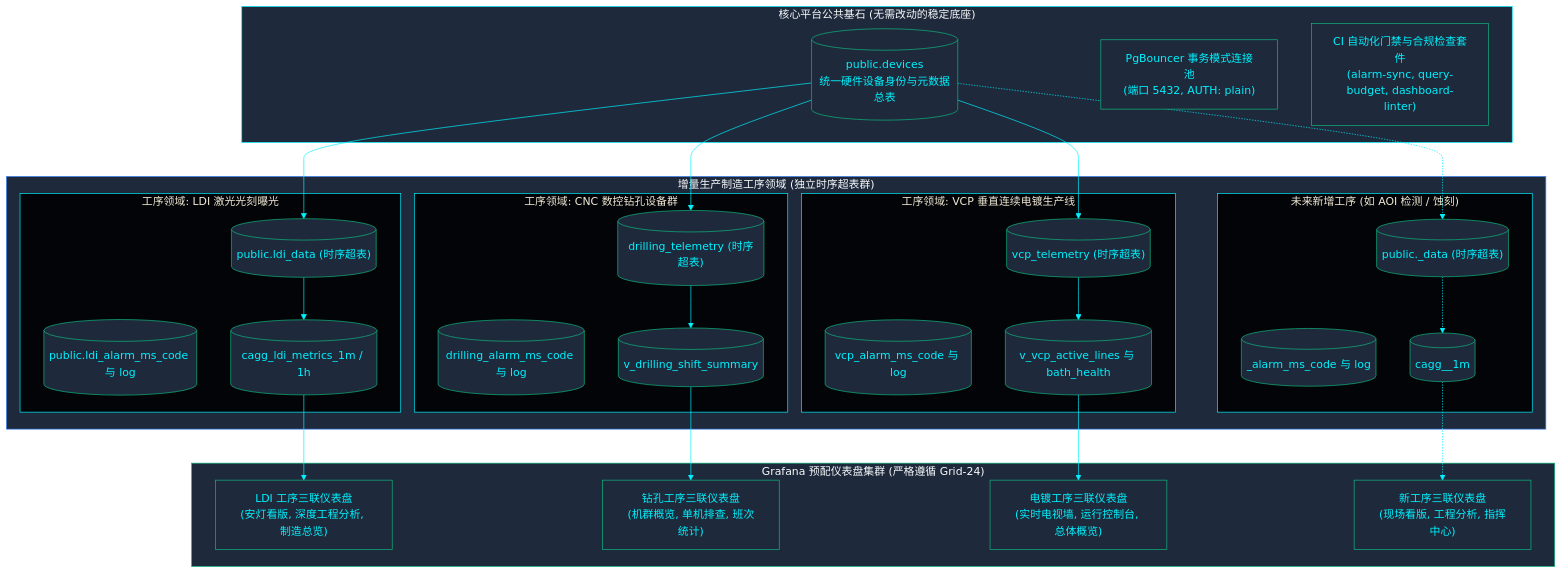
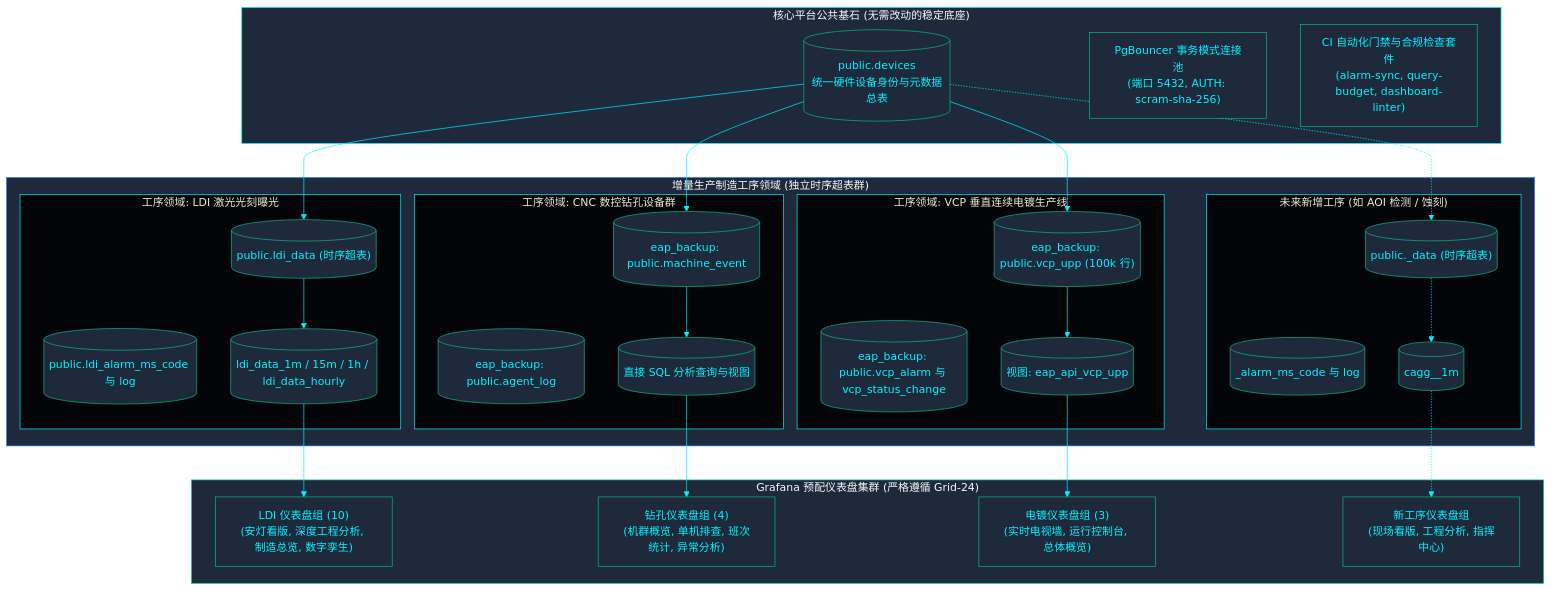
Before and after one commit to PATTANAKORN025/IMS: the diagram in zh-CN/docs/architecture/MANUFACTURING_DOMAIN.md, drawn with Mermaid. The commit also changed 36 other files, not shown here.

First line of the commit message:
fix(docs): reconcile 115 mermaid diagrams with architecture across 3 languages

````diff
--- a/zh-CN/docs/architecture/MANUFACTURING_DOMAIN.md
+++ b/zh-CN/docs/architecture/MANUFACTURING_DOMAIN.md
@@ -30,60 +30,53 @@
 ```mermaid
 %%{init: {'theme': 'base', 'themeVariables': { 'primaryColor': '#1e293b', 'primaryTextColor': '#00F2FE', 'primaryBorderColor': '#10B981', 'lineColor': '#00F2FE', 'secondaryColor': '#0f172a', 'tertiaryColor': '#0f172a', 'clusterBkg': '#030407', 'clusterBorder': '#00F2FE'}}}%%
 flowchart TB
   subgraph FOUNDATION["核心平台公共基石 (无需改动的稳定底座)"]
-    DEV[("public.devices
-统一硬件设备身份与元数据总表")]
-    PGB["PgBouncer 事务模式连接池
-(端口 5432, AUTH: plain)"]
-    CORE_LINT["CI 自动化门禁与合规检查套件
-(alarm-sync, query-budget, dashboard-linter)"]
+    DEV[("public.devices\n统一硬件设备身份与元数据总表")]
+    PGB["PgBouncer 事务模式连接池\n(端口 5432, AUTH: scram-sha-256)"]
+    CORE_LINT["CI 自动化门禁与合规检查套件\n(alarm-sync, query-budget, dashboard-linter)"]
   end
 
   subgraph DOMAINS["增量生产制造工序领域 (独立时序超表群)"]
     subgraph D_LDI["工序领域: LDI 激光光刻曝光"]
       LDI_TBL[("public.ldi_data (时序超表)")]
       LDI_ALM[("public.ldi_alarm_ms_code 与 log")]
-      LDI_CAGGS[("cagg_ldi_metrics_1m / 1h")]
+      LDI_CAGGS[("ldi_data_1m / 15m / 1h / ldi_data_hourly")]
     end
     subgraph D_DRL["工序领域: CNC 数控钻孔设备群"]
-      DRL_TBL[("drilling_telemetry (时序超表)")]
-      DRL_ALM[("drilling_alarm_ms_code 与 log")]
-      DRL_CAGGS[("v_drilling_shift_summary")]
+      DRL_TBL[("eap_backup: public.machine_event")]
+      DRL_ALM[("eap_backup: public.agent_log")]
+      DRL_CAGGS[("直接 SQL 分析查询与视图")]
     end
     subgraph D_VCP["工序领域: VCP 垂直连续电镀生产线"]
-      VCP_TBL[("vcp_telemetry (时序超表)")]
-      VCP_ALM[("vcp_alarm_ms_code 与 log")]
-      VCP_CAGGS[("v_vcp_active_lines 与 bath_health")]
+      VCP_TBL[("eap_backup: public.vcp_upp (100k 行)")]
+      VCP_ALM[("eap_backup: public.vcp_alarm 与 vcp_status_change")]
+      VCP_CAGGS[("视图: eap_api_vcp_upp")]
     end
     subgraph D_FUTURE["未来新增工序 (如 AOI 检测 / 蚀刻)"]
       NEW_TBL[("public.<process>_data (时序超表)")]
       NEW_ALM[("<process>_alarm_ms_code 与 log")]
       NEW_CAGGS[("cagg_<process>_1m")]
     end
   end
 
   subgraph DASHBOARDS["Grafana 预配仪表盘集群 (严格遵循 Grid-24)"]
-    LDI_DASH["LDI 工序三联仪表盘
-(安灯看版, 深度工程分析, 制造总览)"]
-    DRL_DASH["钻孔工序三联仪表盘
-(机群概览, 单机排查, 班次统计)"]
-    VCP_DASH["电镀工序三联仪表盘
-(实时电视墙, 运行控制台, 总体概览)"]
-    NEW_DASH["新工序三联仪表盘
-(现场看版, 工程分析, 指挥中心)"]
+    LDI_DASH["LDI 仪表盘组 (10)\n(安灯看版, 深度工程分析, 制造总览, 数字孪生)"]
+    DRL_DASH["钻孔仪表盘组 (4)\n(机群概览, 单机排查, 班次统计, 异常分析)"]
+    VCP_DASH["电镀仪表盘组 (3)\n(实时电视墙, 运行控制台, 总体概览)"]
+    NEW_DASH["新工序仪表盘组\n(现场看版, 工程分析, 指挥中心)"]
   end
 
   DEV --> LDI_TBL
   DEV --> DRL_TBL
   DEV --> VCP_TBL
   DEV -.-> NEW_TBL
 
   LDI_TBL --> LDI_CAGGS --> LDI_DASH
   DRL_TBL --> DRL_CAGGS --> DRL_DASH
   VCP_TBL --> VCP_CAGGS --> VCP_DASH
   NEW_TBL -.-> NEW_CAGGS -.-> NEW_DASH
 
   style FOUNDATION fill:#1e293b,stroke:#00F2FE,color:#f8fafc
   style DOMAINS fill:#1e293b,stroke:#3b82f6,color:#f8fafc
   style DASHBOARDS fill:#1e293b,stroke:#10B981,color:#f8fafc
 ```
````
